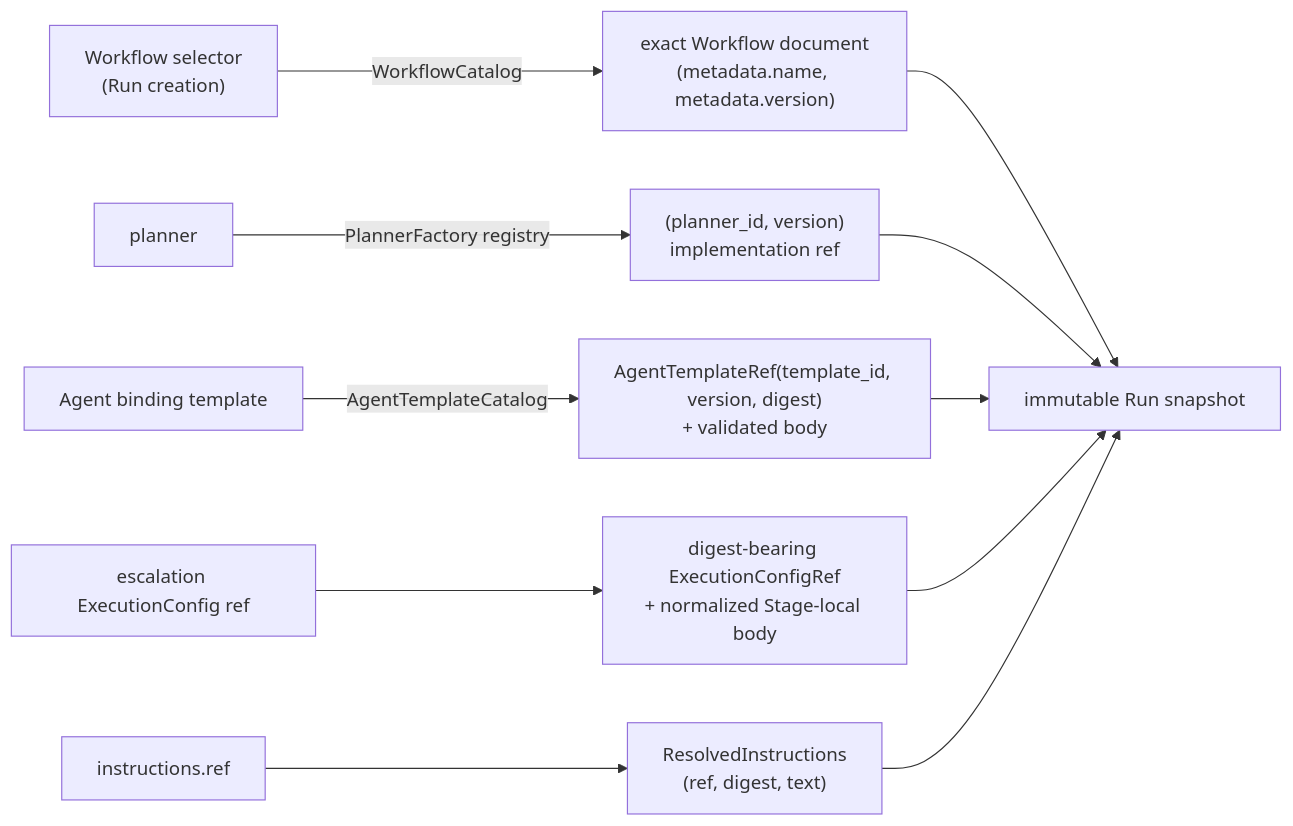
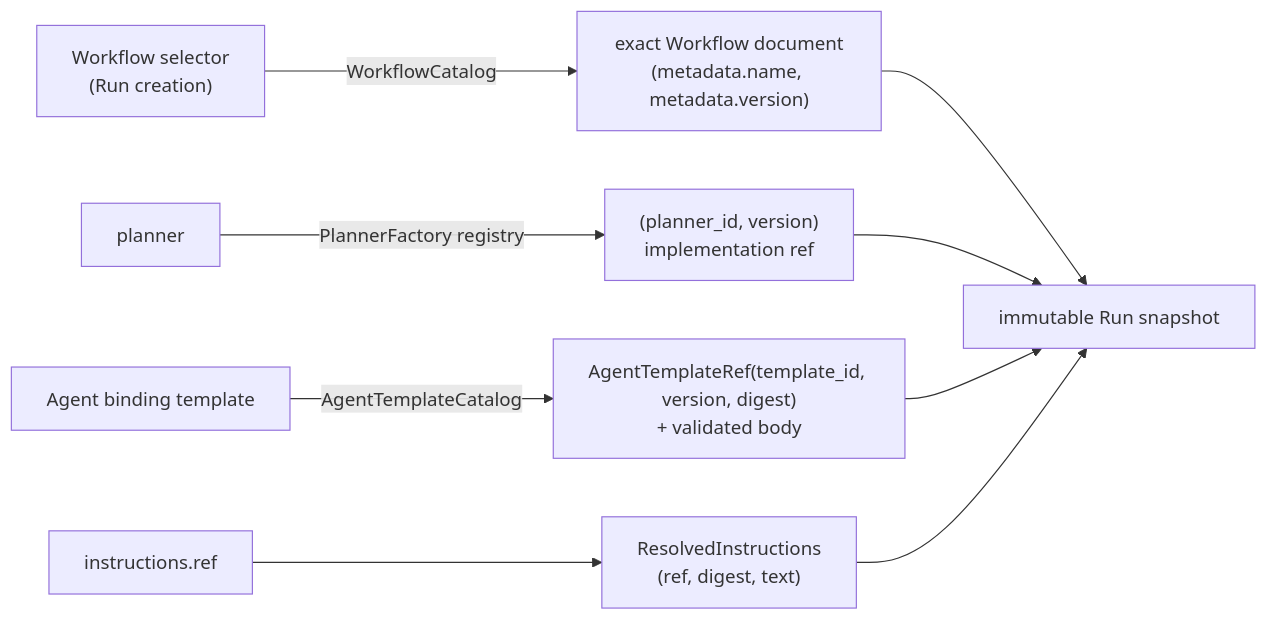
The second of 3 diagrams in docs/spec/configuration/catalog.md (grauwolf32/contractor), drawn with Mermaid before and after one commit. The commit also changed other lines of this file and 96 other files, not shown here.

First line of the commit message:
refactor(config): keep escalation settings inline in Workflows

````diff
--- a/docs/spec/configuration/catalog.md
+++ b/docs/spec/configuration/catalog.md
@@ -134,13 +132,11 @@
 ```mermaid
 flowchart LR
   WS["Workflow selector<br/>(Run creation)"] -->|WorkflowCatalog| WD["exact Workflow document<br/>(metadata.name, metadata.version)"]
   PL["planner"] -->|PlannerFactory registry| PR["(planner_id, version)<br/>implementation ref"]
   TP["Agent binding template"] -->|AgentTemplateCatalog| TR["AgentTemplateRef(template_id, version, digest)<br/>+ validated body"]
-  EC["escalation ExecutionConfig ref"] --> ER["digest-bearing ExecutionConfigRef<br/>+ normalized Stage-local body"]
   IR["instructions.ref"] --> RI["ResolvedInstructions<br/>(ref, digest, text)"]
   WD --> SN["immutable Run snapshot"]
   PR --> SN
   TR --> SN
-  ER --> SN
   RI --> SN
 ```
````
